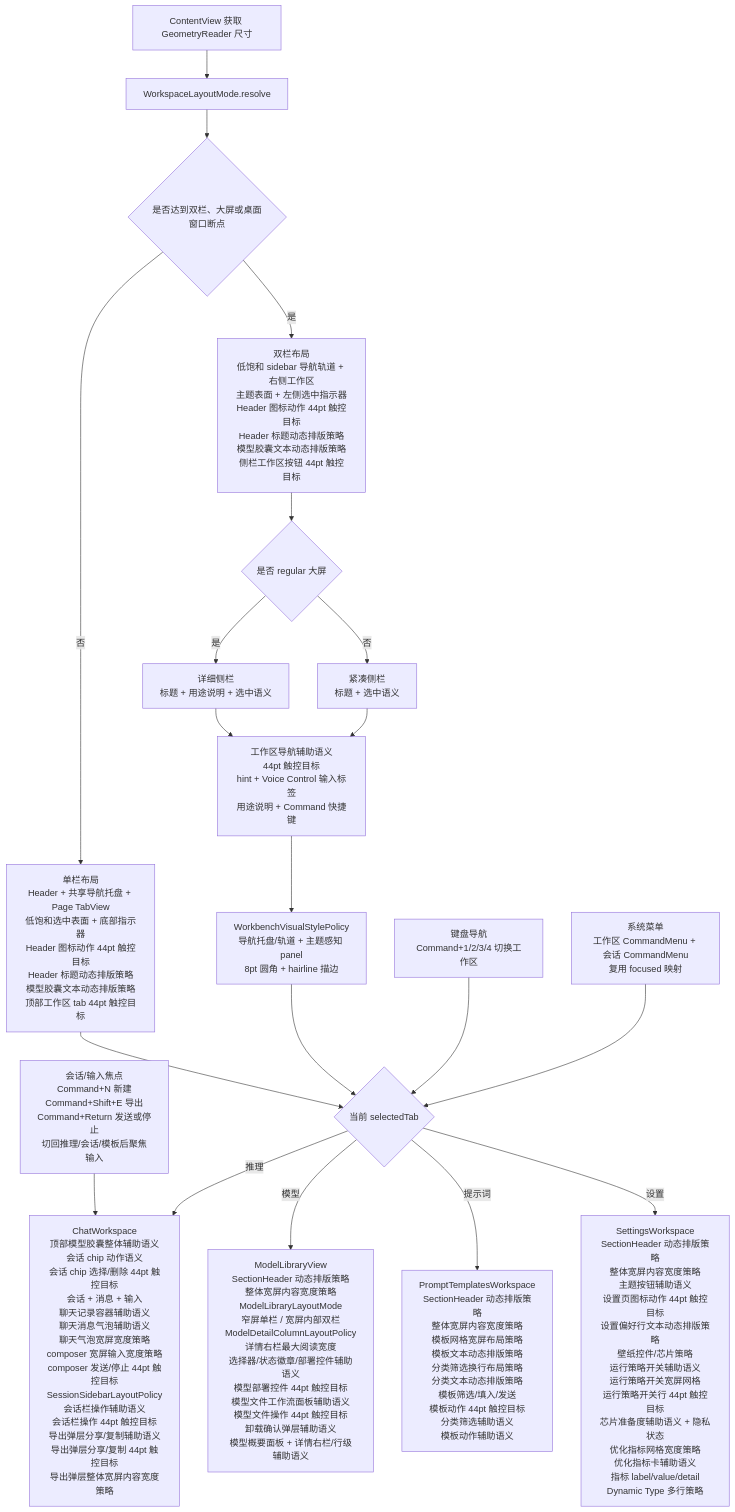
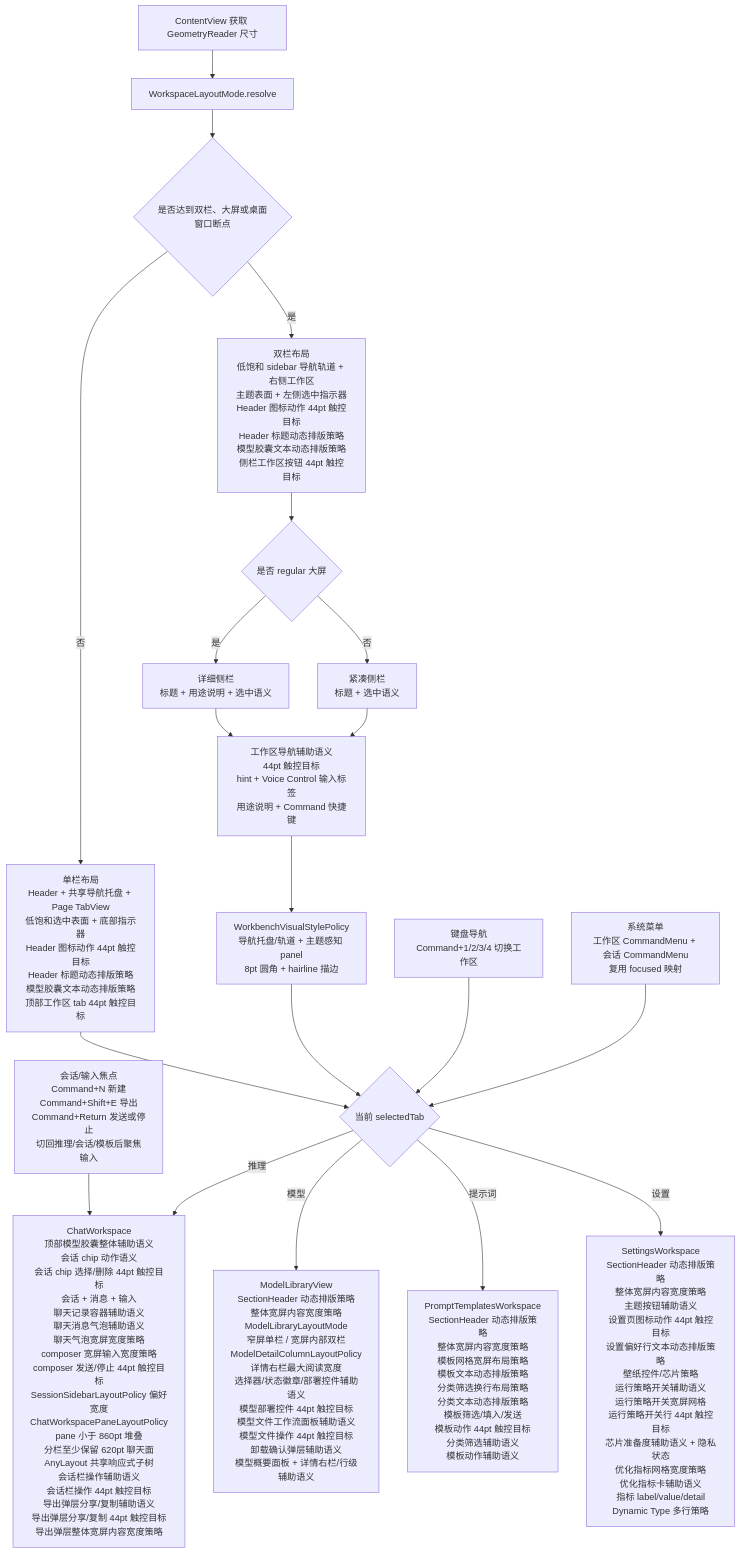
The fifth of 10 diagrams in md/flow/flowchart.md (Altman-sam114/113), drawn with Mermaid before and after one commit. The commit also changed 8 other files, not shown here.

````diff
--- a/md/flow/flowchart.md
+++ b/md/flow/flowchart.md
@@ -84,22 +84,22 @@
 ```mermaid
 flowchart TD
     A[ContentView 获取 GeometryReader 尺寸] --> B[WorkspaceLayoutMode.resolve]
     B --> C{是否达到双栏、大屏或桌面窗口断点}
     C -- 否 --> D[单栏布局<br/>Header + 共享导航托盘 + Page TabView<br/>低饱和选中表面 + 底部指示器<br/>Header 图标动作 44pt 触控目标<br/>Header 标题动态排版策略<br/>模型胶囊文本动态排版策略<br/>顶部工作区 tab 44pt 触控目标]
     C -- 是 --> E[双栏布局<br/>低饱和 sidebar 导航轨道 + 右侧工作区<br/>主题表面 + 左侧选中指示器<br/>Header 图标动作 44pt 触控目标<br/>Header 标题动态排版策略<br/>模型胶囊文本动态排版策略<br/>侧栏工作区按钮 44pt 触控目标]
     E --> N{是否 regular 大屏}
     N -- 是 --> O[详细侧栏<br/>标题 + 用途说明 + 选中语义]
     N -- 否 --> P[紧凑侧栏<br/>标题 + 选中语义]
     D --> F{当前 selectedTab}
     O --> X[工作区导航辅助语义<br/>44pt 触控目标<br/>hint + Voice Control 输入标签<br/>用途说明 + Command 快捷键]
     P --> X
     X --> V[WorkbenchVisualStylePolicy<br/>导航托盘/轨道 + 主题感知 panel<br/>8pt 圆角 + hairline 描边]
     V --> F
     K[键盘导航<br/>Command+1/2/3/4 切换工作区] --> F
     M[系统菜单<br/>工作区 CommandMenu + 会话 CommandMenu<br/>复用 focused 映射] --> F
     L[会话/输入焦点<br/>Command+N 新建<br/>Command+Shift+E 导出<br/>Command+Return 发送或停止<br/>切回推理/会话/模板后聚焦输入] --> G
-    F -- 推理 --> G[ChatWorkspace<br/>顶部模型胶囊整体辅助语义<br/>会话 chip 动作语义<br/>会话 chip 选择/删除 44pt 触控目标<br/>会话 + 消息 + 输入<br/>聊天记录容器辅助语义<br/>聊天消息气泡辅助语义<br/>聊天气泡宽屏宽度策略<br/>composer 宽屏输入宽度策略<br/>composer 发送/停止 44pt 触控目标<br/>SessionSidebarLayoutPolicy<br/>会话栏操作辅助语义<br/>会话栏操作 44pt 触控目标<br/>导出弹层分享/复制辅助语义<br/>导出弹层分享/复制 44pt 触控目标<br/>导出弹层整体宽屏内容宽度策略]
+    F -- 推理 --> G[ChatWorkspace<br/>顶部模型胶囊整体辅助语义<br/>会话 chip 动作语义<br/>会话 chip 选择/删除 44pt 触控目标<br/>会话 + 消息 + 输入<br/>聊天记录容器辅助语义<br/>聊天消息气泡辅助语义<br/>聊天气泡宽屏宽度策略<br/>composer 宽屏输入宽度策略<br/>composer 发送/停止 44pt 触控目标<br/>SessionSidebarLayoutPolicy 偏好宽度<br/>ChatWorkspacePaneLayoutPolicy<br/>pane 小于 860pt 堆叠<br/>分栏至少保留 620pt 聊天面<br/>AnyLayout 共享响应式子树<br/>会话栏操作辅助语义<br/>会话栏操作 44pt 触控目标<br/>导出弹层分享/复制辅助语义<br/>导出弹层分享/复制 44pt 触控目标<br/>导出弹层整体宽屏内容宽度策略]
     F -- 模型 --> H[ModelLibraryView<br/>SectionHeader 动态排版策略<br/>整体宽屏内容宽度策略<br/>ModelLibraryLayoutMode<br/>窄屏单栏 / 宽屏内部双栏<br/>ModelDetailColumnLayoutPolicy<br/>详情右栏最大阅读宽度<br/>选择器/状态徽章/部署控件辅助语义<br/>模型部署控件 44pt 触控目标<br/>模型文件工作流面板辅助语义<br/>模型文件操作 44pt 触控目标<br/>卸载确认弹层辅助语义<br/>模型概要面板 + 详情右栏/行级辅助语义]
     F -- 提示词 --> I[PromptTemplatesWorkspace<br/>SectionHeader 动态排版策略<br/>整体宽屏内容宽度策略<br/>模板网格宽屏布局策略<br/>模板文本动态排版策略<br/>分类筛选换行布局策略<br/>分类文本动态排版策略<br/>模板筛选/填入/发送<br/>模板动作 44pt 触控目标<br/>分类筛选辅助语义<br/>模板动作辅助语义]
     F -- 设置 --> J[SettingsWorkspace<br/>SectionHeader 动态排版策略<br/>整体宽屏内容宽度策略<br/>主题按钮辅助语义<br/>设置页图标动作 44pt 触控目标<br/>设置偏好行文本动态排版策略<br/>壁纸控件/芯片策略<br/>运行策略开关辅助语义<br/>运行策略开关宽屏网格<br/>运行策略开关行 44pt 触控目标<br/>芯片准备度辅助语义 + 隐私状态<br/>优化指标网格宽度策略<br/>优化指标卡辅助语义<br/>指标 label/value/detail<br/>Dynamic Type 多行策略]
 ```
````
